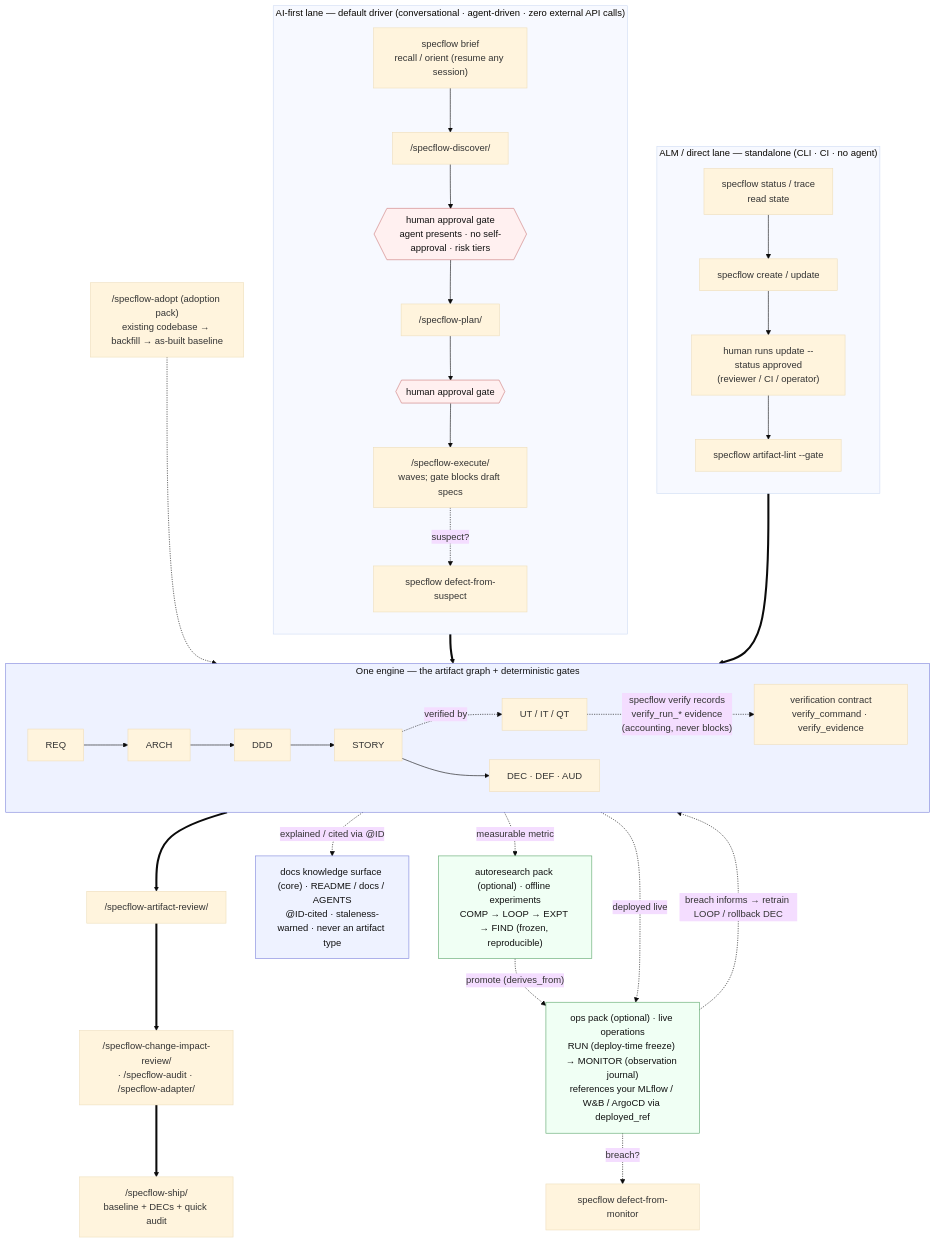
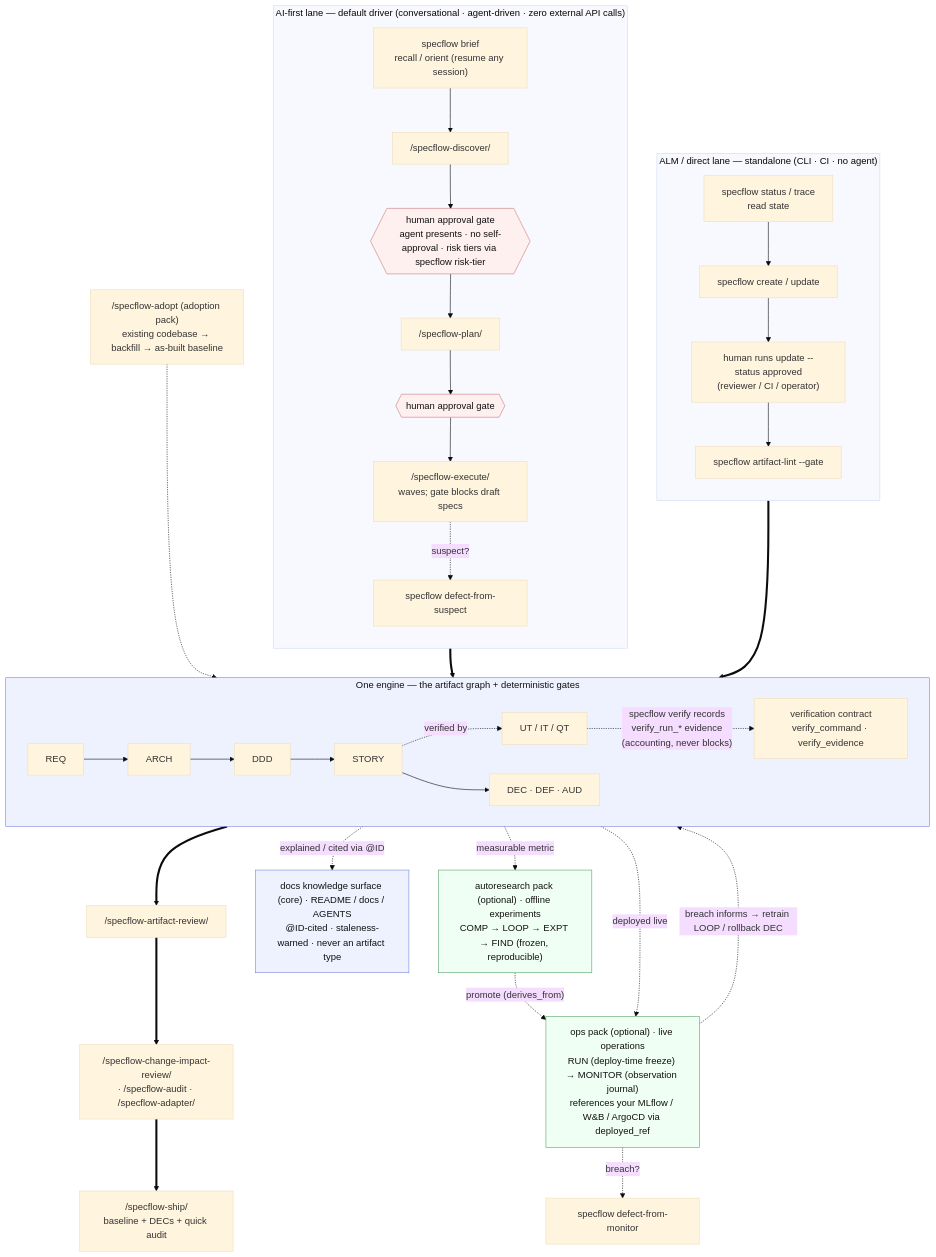
Before and after one commit to Longhuiberkeley/specflow: the diagram in docs/lifecycle.md, drawn with Mermaid (base theme). The commit also changed other lines of this file and 12 other files, not shown here.

First line of the commit message:
docs+skills: computed-tier approval guidance and risk_profile footgun warning

````diff
--- a/docs/lifecycle.md
+++ b/docs/lifecycle.md
@@ -16,55 +18,55 @@
 ```mermaid
 flowchart TB
     classDef engine fill:#eef2ff,stroke:#7c83db,color:#111;
     classDef gate fill:#fff0f0,stroke:#cc7a7a,color:#111;
     classDef pack fill:#f0fff4,stroke:#5aa56a,color:#111;
 
     subgraph AI["AI-first lane — default driver (conversational · agent-driven · zero external API calls)"]
         direction TB
         BR["specflow brief<br/>recall / orient (resume any session)"] --> AID["/specflow-discover/"]
-        AID --> AG1{{"human approval gate<br/>agent presents · no self-approval · risk tiers"}}
+        AID --> AG1{{"human approval gate<br/>agent presents · no self-approval · risk tiers via specflow risk-tier"}}
         AG1 --> AIP["/specflow-plan/"]
         AIP --> AG2{{"human approval gate"}}
         AG2 --> AIE["/specflow-execute/<br/>waves; gate blocks draft specs"]
         AIE -. "suspect?" .-> DFS["specflow defect-from-suspect"]
     end
 
     subgraph ALM["ALM / direct lane — standalone (CLI · CI · no agent)"]
         direction TB
         ALS["specflow status / trace<br/>read state"] --> ALC["specflow create / update"]
         ALC --> ALG["human runs update --status approved<br/>(reviewer / CI / operator)"]
         ALG --> ALL["specflow artifact-lint --gate"]
     end
 
     subgraph ENG["One engine — the artifact graph + deterministic gates"]
         direction LR
         REQ --> ARCH --> DDD --> STORY
         STORY -. "verified by" .-> TST["UT / IT / QT"]
         TST -. "specflow verify records<br/>verify_run_* evidence<br/>(accounting, never blocks)" .-> VRF["verification contract<br/>verify_command · verify_evidence"]
         STORY --> WRK["DEC · DEF · AUD"]
     end
 
     ADOPT["/specflow-adopt (adoption pack)<br/>existing codebase → backfill → as-built baseline"]
     ADOPT -.-> ENG
     AI ==> ENG
     ALM ==> ENG
     ENG ==> REV["/specflow-artifact-review/"]
     REV ==> NEXT["/specflow-change-impact-review/<br/>· /specflow-audit · /specflow-adapter/"]
     NEXT ==> SHIP["/specflow-ship/<br/>baseline + DECs + quick audit"]
 
     DOCS["docs knowledge surface (core) · README / docs / AGENTS<br/>@ID-cited · staleness-warned · never an artifact type"]
     ENG -. "explained / cited via @ID" .-> DOCS
 
     %% Optional pack-activated extensions — not mandatory lanes; the engine works without them.
     RES["autoresearch pack (optional) · offline experiments<br/>COMP → LOOP → EXPT → FIND (frozen, reproducible)"]
     OPS["ops pack (optional) · live operations<br/>RUN (deploy-time freeze) → MONITOR (observation journal)<br/>references your MLflow / W&amp;B / ArgoCD via deployed_ref"]
     ENG -. "measurable metric" .-> RES
     ENG -. "deployed live" .-> OPS
     RES -. "promote (derives_from)" .-> OPS
     OPS -. "breach informs → retrain LOOP / rollback DEC" .-> ENG
     OPS -. "breach?" .-> DFM["specflow defect-from-monitor"]
 
     class ENG,DOCS engine
     class AG1,AG2 gate
     class RES,OPS pack
 ```
````
